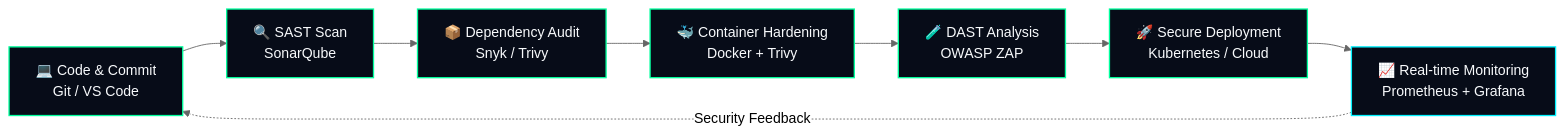
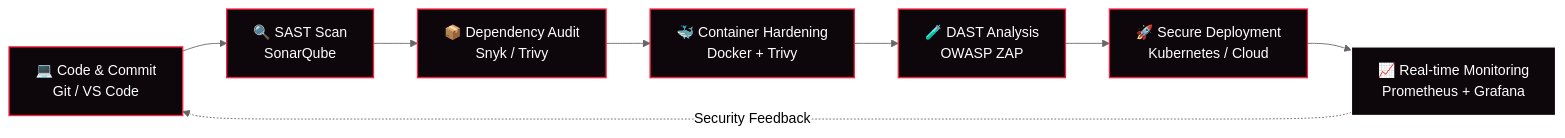
One commit to RezzaFairusNugraha/RezzaFairusNugraha changed the diagram in README.md. Above: the diagram before and after it, drawn with Mermaid (neutral theme). The commit also changed other lines of this file and 7 other files, not shown here.

````diff
--- a/README.md
+++ b/README.md
@@ -93,15 +92,15 @@
 ```mermaid
 flowchart LR
     A[💻 Code & Commit<br/>Git / VS Code] --> B[🔍 SAST Scan<br/>SonarQube]
     B --> C[📦 Dependency Audit<br/>Snyk / Trivy]
     C --> D[🐳 Container Hardening<br/>Docker + Trivy]
     D --> E[🧪 DAST Analysis<br/>OWASP ZAP]
     E --> F[🚀 Secure Deployment<br/>Kubernetes / Cloud]
     F --> G[📈 Real-time Monitoring<br/>Prometheus + Grafana]
     G -.Security Feedback.-> A
 
-    classDef stage fill:#070c18,stroke:#00ff9d,stroke-width:1.5px,color:#f8fafc;
-    classDef monitor fill:#070c18,stroke:#00f2fe,stroke-width:1.5px,color:#f8fafc;
+    classDef stage fill:#0d070b,stroke:#ff1e42,stroke-width:1.5px,color:#ffffff;
+    classDef monitor fill:#0d070b,stroke:#ffffff,stroke-width:1.5px,color:#ffffff;
     class A,B,C,D,E,F stage;
     class G monitor;
 ```
````
